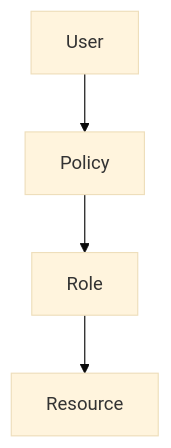
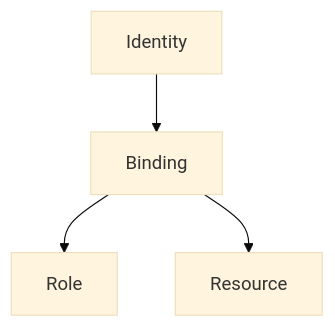
One commit to conti0513/development_public changed the second of 14 diagrams in 06_LAB/01_GCP_ACE_HACK/sessions_ver262/01_iam.md. Above: the diagram before and after it, drawn with Mermaid (base theme). The commit also changed other lines of this file and 1 other file, not shown here.

````diff
--- a/06_LAB/01_GCP_ACE_HACK/sessions_ver262/01_iam.md
+++ b/06_LAB/01_GCP_ACE_HACK/sessions_ver262/01_iam.md
@@ -30,6 +46,7 @@
 ```mermaid
 graph TD
-User --> Policy
-Policy --> Role
-Role --> Resource
+
+Identity --> Binding
+Binding --> Role
+Binding --> Resource
 ```
````
